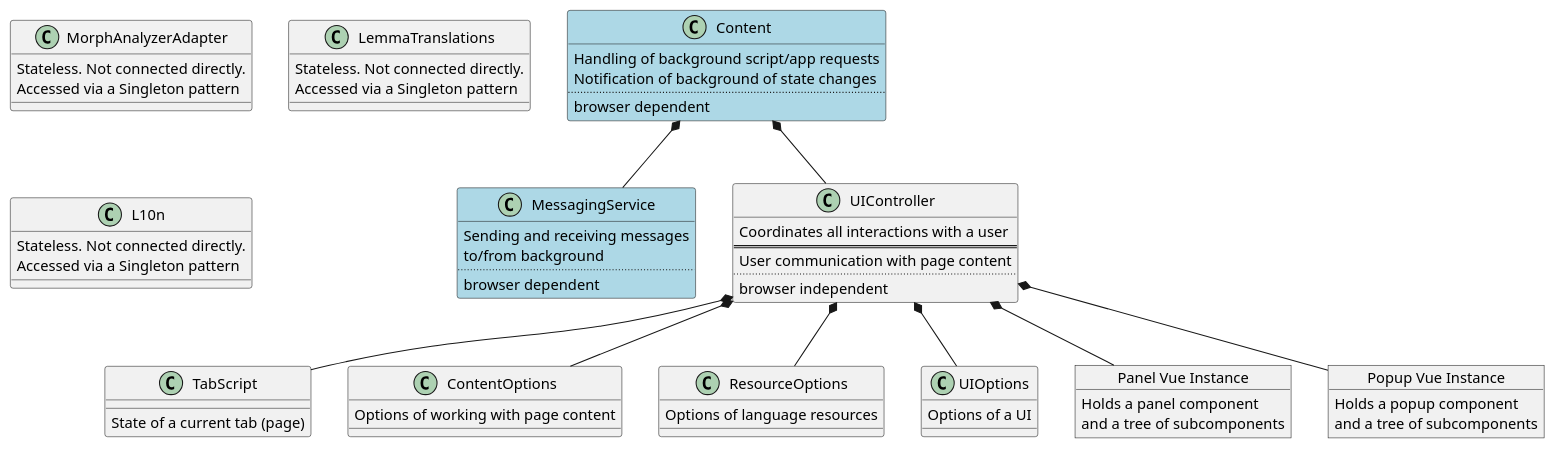
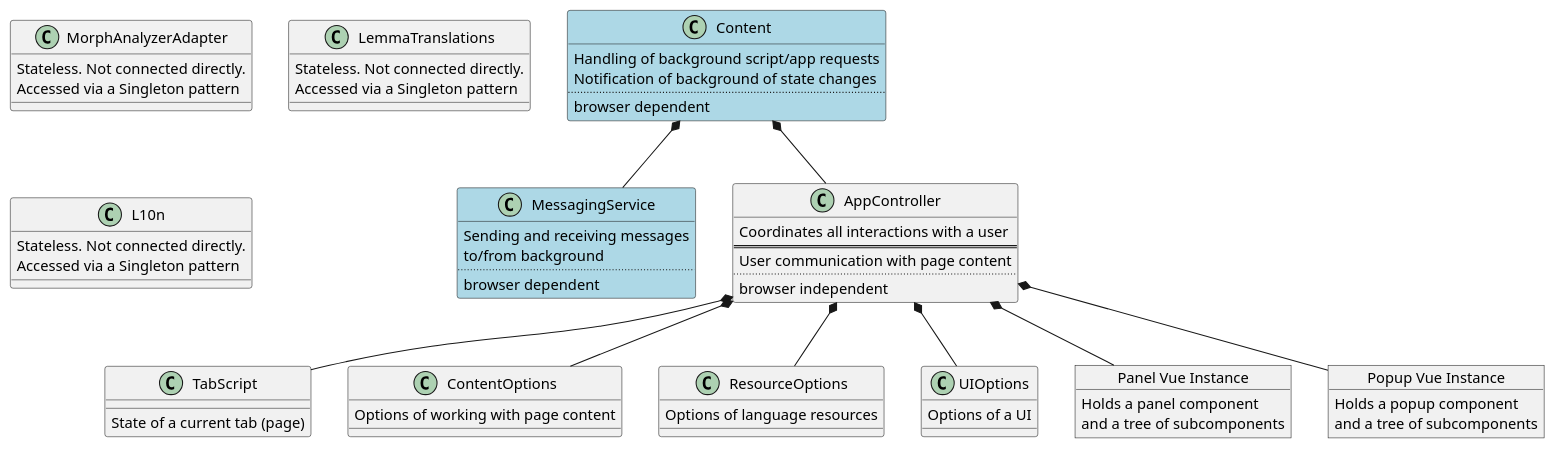
The diagram in development/app-architecture/app-architecture-future.puml (alpheios-project/documentation), drawn with PlantUML before and after one commit. The commit also changed 15 other files, not shown here.

```diff
--- a/development/app-architecture/app-architecture-future.puml
+++ b/development/app-architecture/app-architecture-future.puml
@@ -1,74 +1,74 @@
 @startuml
 class Content #lightblue {
     Handling of background script/app requests
     Notification of background of state changes
     ..
     browser dependent
 }
 
 class MessagingService #lightblue {
     Sending and receiving messages
     to/from background
     ..
     browser dependent
 }
 
 class TabScript {
     State of a current tab (page)
 }
 
 class ContentOptions {
     Options of working with page content
 }
 
 class ResourceOptions {
     Options of language resources
 }
 
 class UIOptions {
     Options of a UI
 }
 
 class MorphAnalyzerAdapter {
   Stateless. Not connected directly.
   Accessed via a Singleton pattern
 }
 
 class LemmaTranslations {
     Stateless. Not connected directly.
     Accessed via a Singleton pattern
 }
 
-class UIController {
+class AppController {
     Coordinates all interactions with a user
     ==
     User communication with page content
     ..
     browser independent
 }
 
 object "Panel Vue Instance" as PanelVI {
     Holds a panel component
     and a tree of subcomponents
 }
 object "Popup Vue Instance" as PopupVI {
     Holds a popup component
     and a tree of subcomponents
 }
 
 class L10n {
     Stateless. Not connected directly.
     Accessed via a Singleton pattern
 }
 
-Content *-- UIController
+Content *-- AppController
 Content *-- MessagingService
 
 
-UIController *-- PanelVI
-UIController *-- PopupVI
-UIController *-- TabScript
-UIController *-- ContentOptions
-UIController *-- ResourceOptions
-UIController *-- UIOptions
+AppController *-- PanelVI
+AppController *-- PopupVI
+AppController *-- TabScript
+AppController *-- ContentOptions
+AppController *-- ResourceOptions
+AppController *-- UIOptions
 @enduml
```
